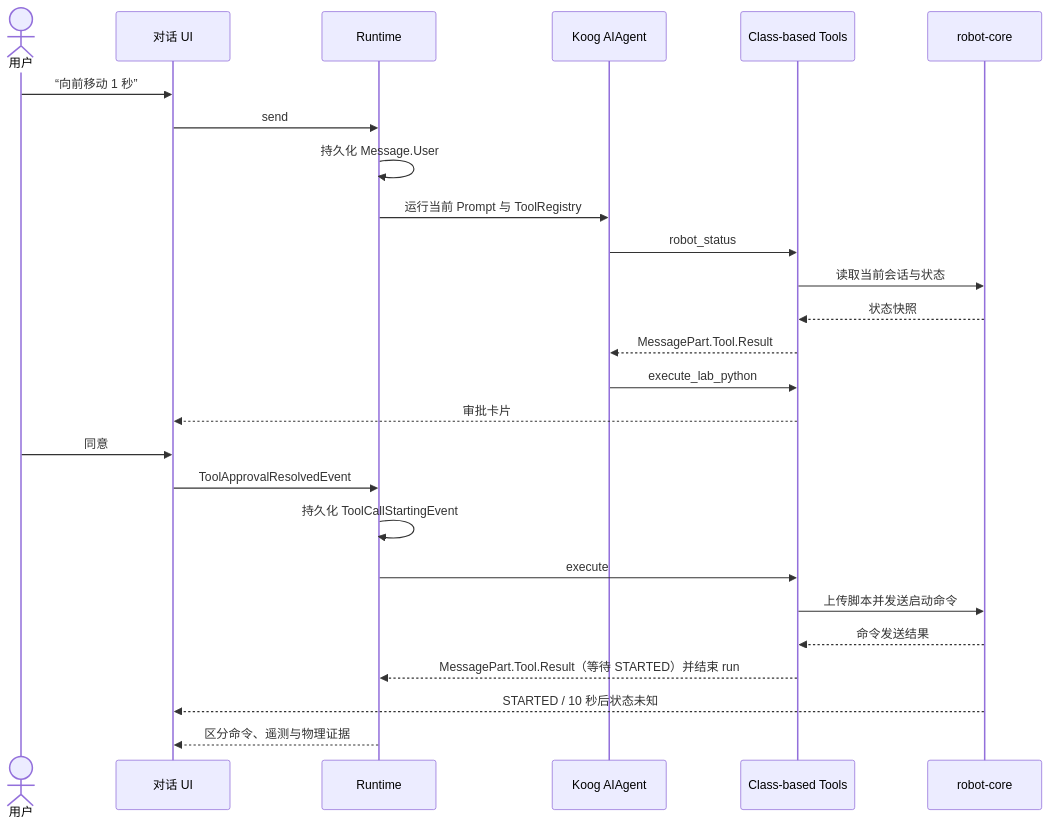
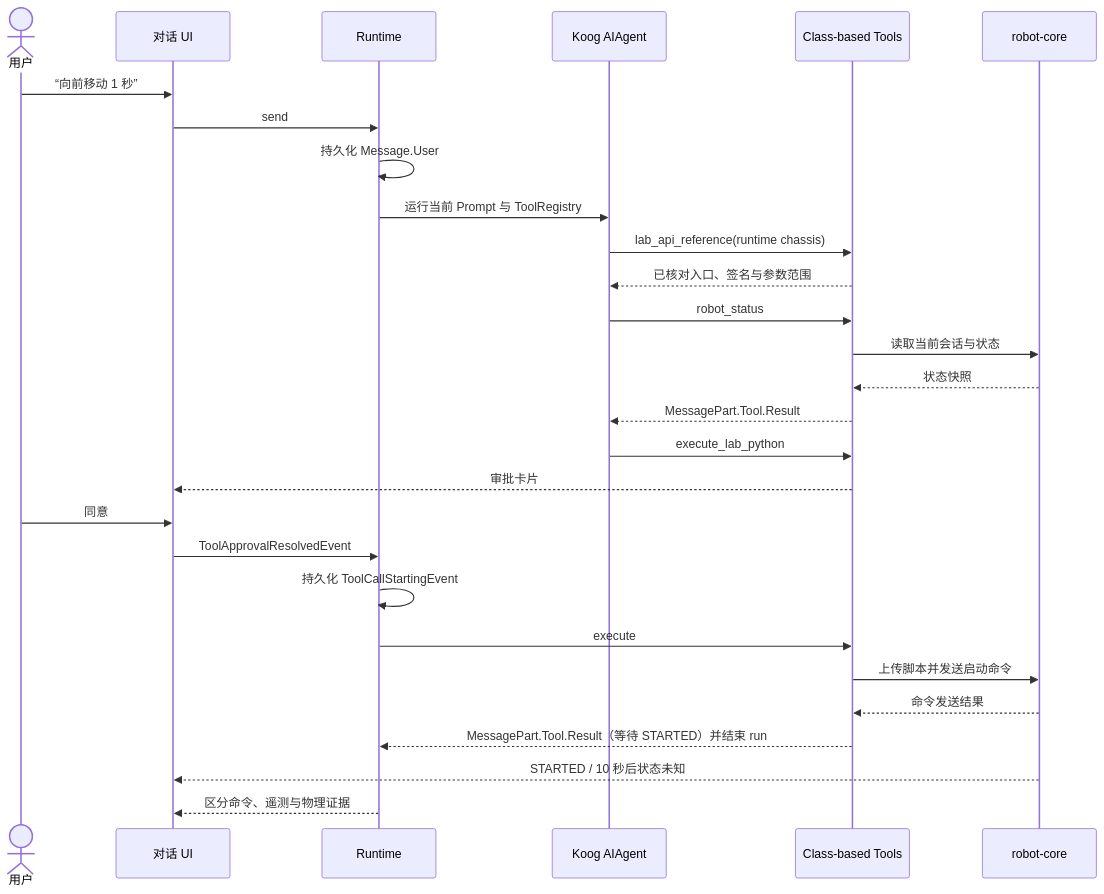
One commit to elonzh/hanppie changed the fourth of 5 diagrams in docs/conversation-agent-product-design.md. Above: the diagram before and after it, drawn with Mermaid. The commit also changed other lines of this file and 32 other files, not shown here.

First line of the commit message:
docs(agent): 更新工具注册表与 Lab API 设计说明

````diff
--- a/docs/conversation-agent-product-design.md
+++ b/docs/conversation-agent-product-design.md
@@ -153,29 +176,31 @@
 ```mermaid
 sequenceDiagram
     actor U as 用户
     participant UI as 对话 UI
     participant R as Runtime
     participant A as Koog AIAgent
     participant T as Class-based Tools
     participant B as robot-core
 
     U->>UI: “向前移动 1 秒”
     UI->>R: send
     R->>R: 持久化 Message.User
     R->>A: 运行当前 Prompt 与 ToolRegistry
+    A->>T: lab_api_reference(runtime chassis)
+    T-->>A: 已核对入口、签名与参数范围
     A->>T: robot_status
     T->>B: 读取当前会话与状态
     B-->>T: 状态快照
     T-->>A: MessagePart.Tool.Result
     A->>T: execute_lab_python
     T-->>UI: 审批卡片
     U->>UI: 同意
     UI->>R: ToolApprovalResolvedEvent
     R->>R: 持久化 ToolCallStartingEvent
     R->>T: execute
     T->>B: 上传脚本并发送启动命令
     B-->>T: 命令发送结果
     T-->>R: MessagePart.Tool.Result（等待 STARTED）并结束 run
     B-->>UI: STARTED / 10 秒后状态未知
     R-->>UI: 区分命令、遥测与物理证据
 ```
````
